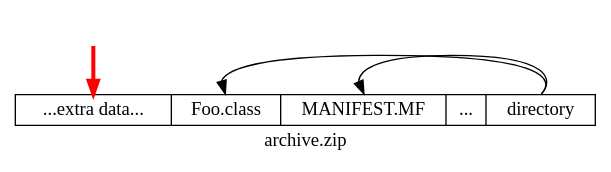
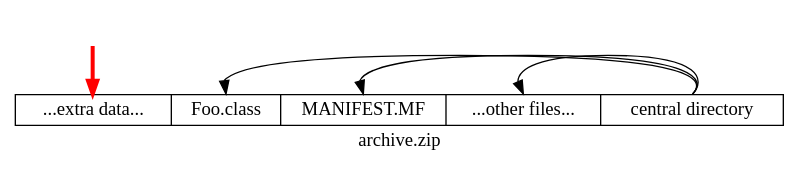
One commit to com-lihaoyi/mill changed the second of 3 diagrams in blog/modules/ROOT/pages/5-executable-jars.adoc. Above: the diagram before and after it, drawn with Graphviz. The commit also changed other lines of this file and 2 other files, not shown here.

````diff
--- a/blog/modules/ROOT/pages/5-executable-jars.adoc
+++ b/blog/modules/ROOT/pages/5-executable-jars.adoc
@@ -171,11 +173,12 @@
 ```graphviz
 digraph G {
   node [shape=box width=0 height=0 style=filled fillcolor=white]
   label="archive.zip"
   extra_label:s ->  zip:fe:n [color=red penwidth=3]
   extra_label [color=white style=invisible]
-  zip [shape=record label="<fe> ...extra data... | <f0> Foo.class | <f1> MANIFEST.MF | ... | <f2> directory"]
+  zip [shape=record label="<fe> ...extra data... | <f0> Foo.class | <f1> MANIFEST.MF | <f3> ...other files... | <f2> central directory"]
   zip:f2:n -> zip:f1:n
   zip:f2:n -> zip:f0:n
+  zip:f2:n -> zip:f3:n
 }
 ```
````
